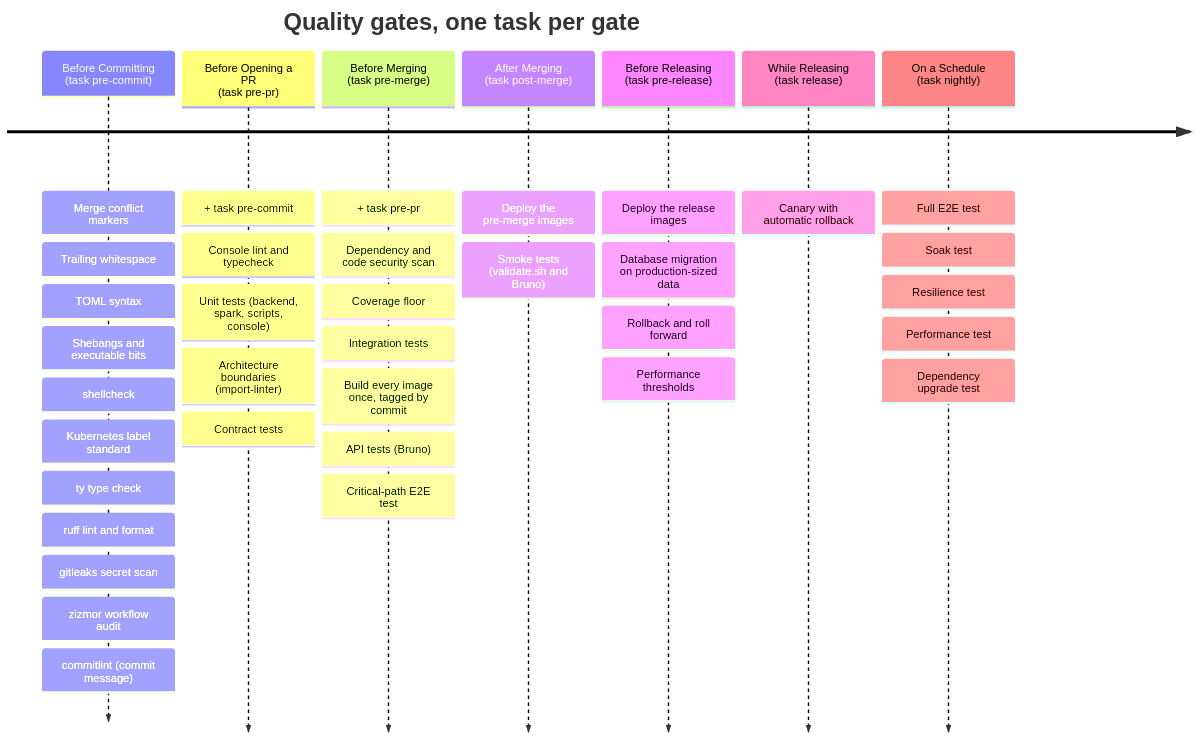
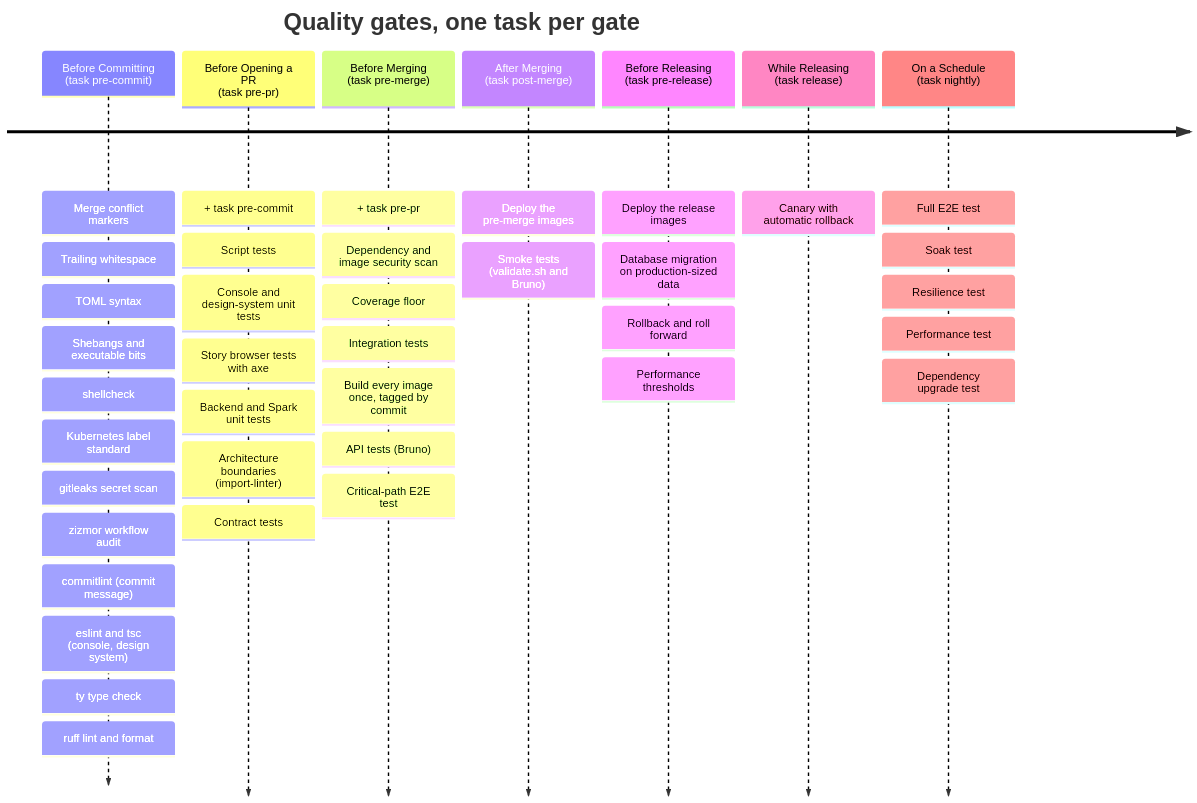
The diagram in docs/quality-gates.md (kuanchoulai10/retail-lakehouse), drawn with Mermaid before and after one commit. The commit also changed other lines of this file, not shown here.

````diff
--- a/docs/quality-gates.md
+++ b/docs/quality-gates.md
@@ -9,39 +9,42 @@
 ```mermaid
 timeline
     title Quality gates, one task per gate
     Before Committing <br> (task pre-commit) : Merge conflict markers
                                  : Trailing whitespace
                                  : TOML syntax
                                  : Shebangs and executable bits
                                  : shellcheck
                                  : Kubernetes label standard
-                                 : ty type check
-                                 : ruff lint and format
                                  : gitleaks secret scan
                                  : zizmor workflow audit
                                  : commitlint (commit message)
+                                 : eslint and tsc (console, design system)
+                                 : ty type check
+                                 : ruff lint and format
     Before Opening a PR <br> (task pre-pr) : + task pre-commit
-                                 : Console lint and typecheck
-                                 : Unit tests (backend, spark, scripts, console)
+                                 : Script tests
+                                 : Console and design-system unit tests
+                                 : Story browser tests with axe
+                                 : Backend and Spark unit tests
                                  : Architecture boundaries (import-linter)
                                  : Contract tests
     Before Merging <br> (task pre-merge) : + task pre-pr
-                                 : Dependency and code security scan
+                                 : Dependency and image security scan
                                  : Coverage floor
                                  : Integration tests
                                  : Build every image once, tagged by commit
                                  : API tests (Bruno)
                                  : Critical-path E2E test
     After Merging <br> (task post-merge) : Deploy the pre-merge images
                                  : Smoke tests (validate.sh and Bruno)
     Before Releasing <br> (task pre-release) : Deploy the release images
                                  : Database migration on production-sized data
                                  : Rollback and roll forward
                                  : Performance thresholds
     While Releasing <br> (task release) : Canary with automatic rollback
     On a Schedule <br> (task nightly) : Full E2E test
                                  : Soak test
                                  : Resilience test
                                  : Performance test
                                  : Dependency upgrade test
 ```
````
